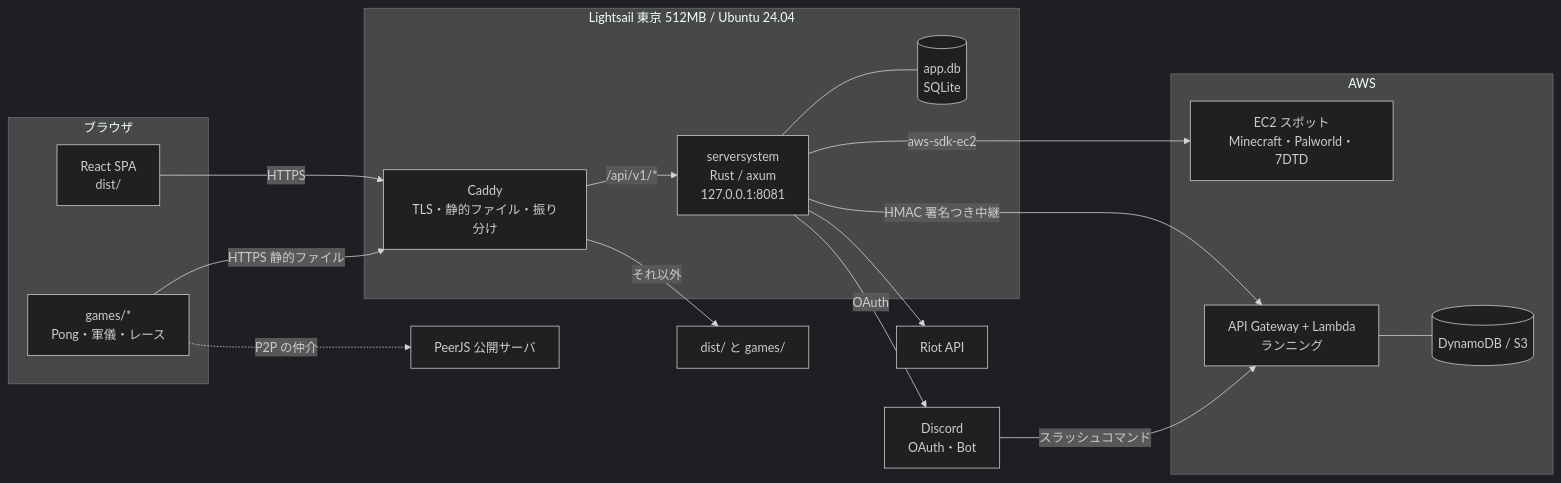
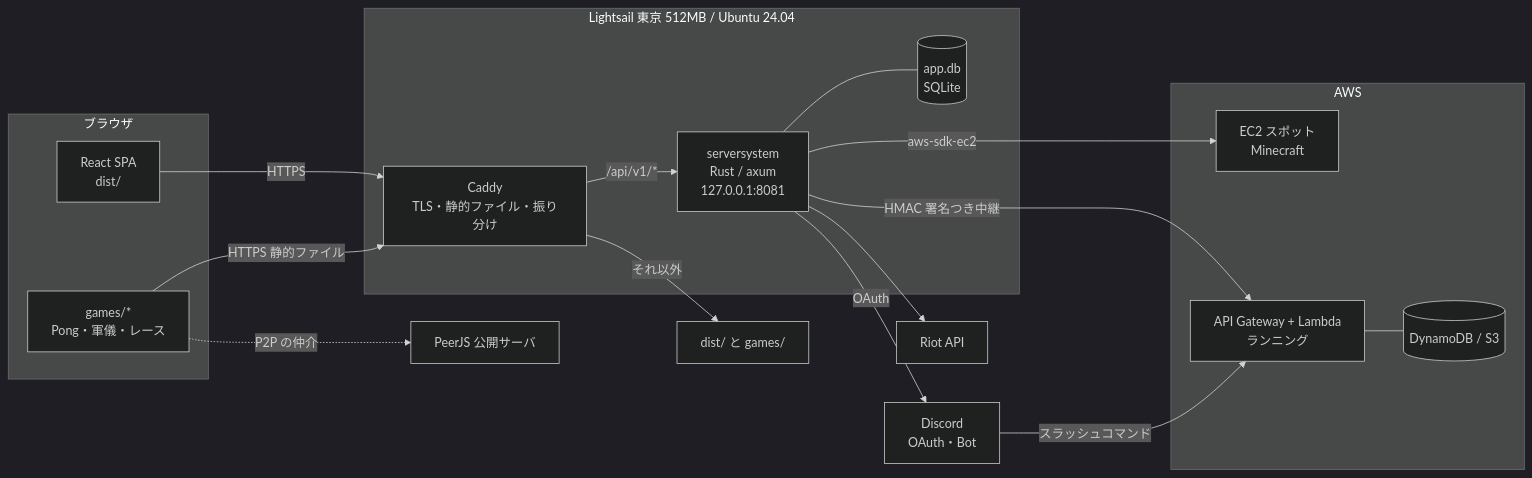
The diagram in document/renewal/10_architecture.md (odamag/valol-serverSystem), drawn with Mermaid (dark theme) before and after one commit. The commit also changed other lines of this file and 3 other files, not shown here.

````diff
--- a/document/renewal/10_architecture.md
+++ b/document/renewal/10_architecture.md
@@ -87,36 +87,36 @@
 ```mermaid
 flowchart LR
   subgraph Browser[ブラウザ]
     SPA[React SPA<br/>dist/]
     Games[games/*<br/>Pong・軍儀・レース]
   end
 
   subgraph VPS[Lightsail 東京 512MB / Ubuntu 24.04]
     Caddy[Caddy<br/>TLS・静的ファイル・振り分け]
     Rust[serversystem<br/>Rust / axum<br/>127.0.0.1:8081]
     DB[(app.db<br/>SQLite)]
   end
 
   subgraph AWS
-    EC2[EC2 スポット<br/>Minecraft・Palworld・7DTD]
+    EC2[EC2 スポット<br/>Minecraft]
     RunAPI[API Gateway + Lambda<br/>ランニング]
     Dynamo[(DynamoDB / S3)]
   end
 
   Discord[Discord<br/>OAuth・Bot]
   Riot[Riot API]
   PeerJS[PeerJS 公開サーバ]
 
   SPA -->|HTTPS| Caddy
   Games -->|HTTPS 静的ファイル| Caddy
   Games -.->|P2P の仲介| PeerJS
   Caddy -->|/api/v1/*| Rust
   Caddy -->|それ以外| Static[dist/ と games/]
   Rust --- DB
   Rust -->|aws-sdk-ec2| EC2
   Rust -->|HMAC 署名つき中継| RunAPI
   RunAPI --- Dynamo
   Rust -->|OAuth| Discord
   Rust --> Riot
   Discord -->|スラッシュコマンド| RunAPI
 ```
````
